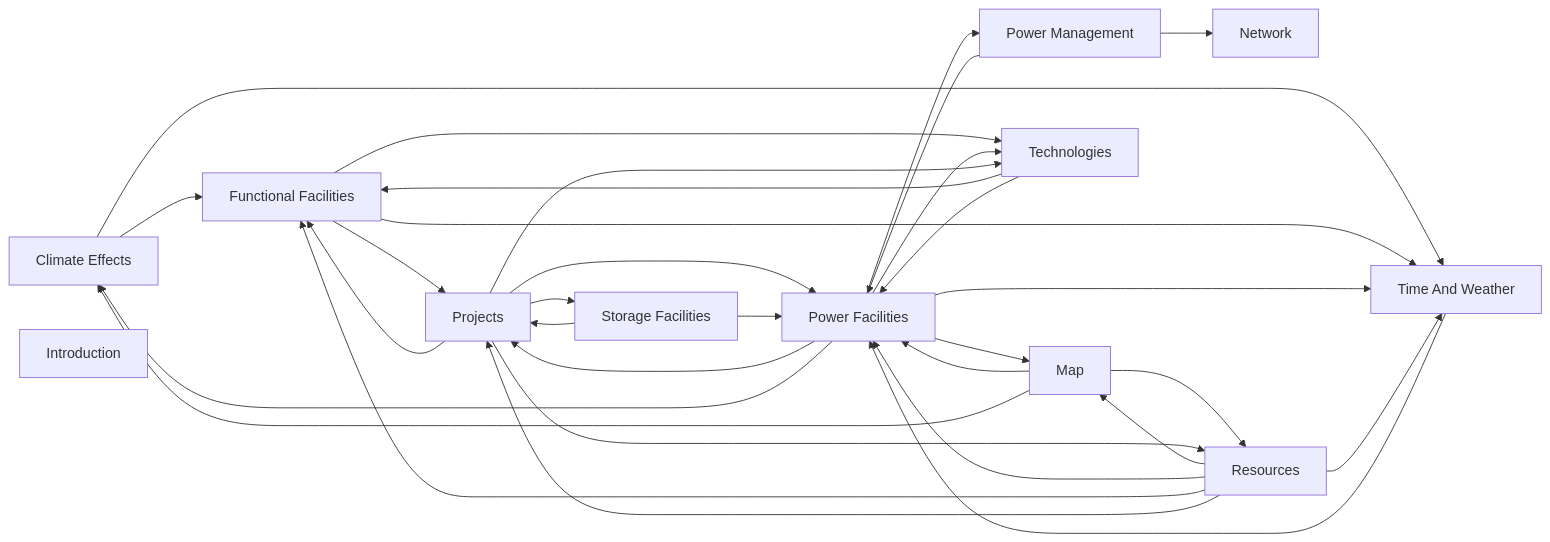
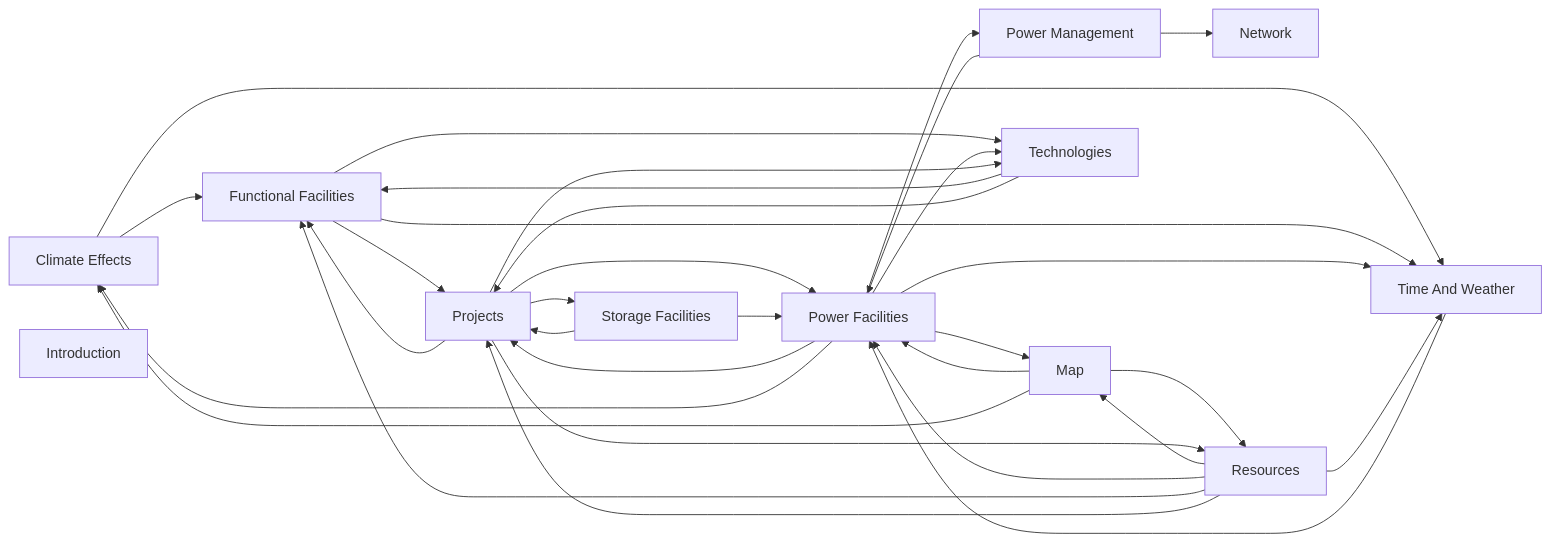
One commit to felixvonsamson/Energetica changed the first of 2 diagrams in wiki-links.md. Above: the diagram before and after it, drawn with Mermaid. The commit also changed other lines of this file and 6 other files, not shown here.

````diff
--- a/wiki-links.md
+++ b/wiki-links.md
@@ -43,47 +58,47 @@
 ```mermaid
 flowchart LR
     climate_effects["Climate Effects"]
     functional_facilities["Functional Facilities"]
     introduction["Introduction"]
     map["Map"]
     network["Network"]
     power_facilities["Power Facilities"]
     power_management["Power Management"]
     projects["Projects"]
     resources["Resources"]
     storage_facilities["Storage Facilities"]
     technologies["Technologies"]
     time_and_weather["Time And Weather"]
 
     climate_effects --> functional_facilities
     climate_effects --> time_and_weather
     functional_facilities --> projects
     functional_facilities --> time_and_weather
     functional_facilities --> technologies
     map --> power_facilities
     map --> resources
     map --> climate_effects
     power_facilities --> technologies
     power_facilities --> projects
     power_facilities --> time_and_weather
     power_facilities --> map
     power_facilities --> power_management
     power_facilities --> climate_effects
     power_management --> power_facilities
     power_management --> network
     projects --> power_facilities
     projects --> storage_facilities
     projects --> resources
     projects --> functional_facilities
     projects --> technologies
     resources --> map
     resources --> power_facilities
     resources --> functional_facilities
     resources --> projects
     resources --> time_and_weather
     storage_facilities --> projects
     storage_facilities --> power_facilities
     technologies --> functional_facilities
-    technologies --> power_facilities
+    technologies --> projects
     time_and_weather --> power_facilities
 ```
````
